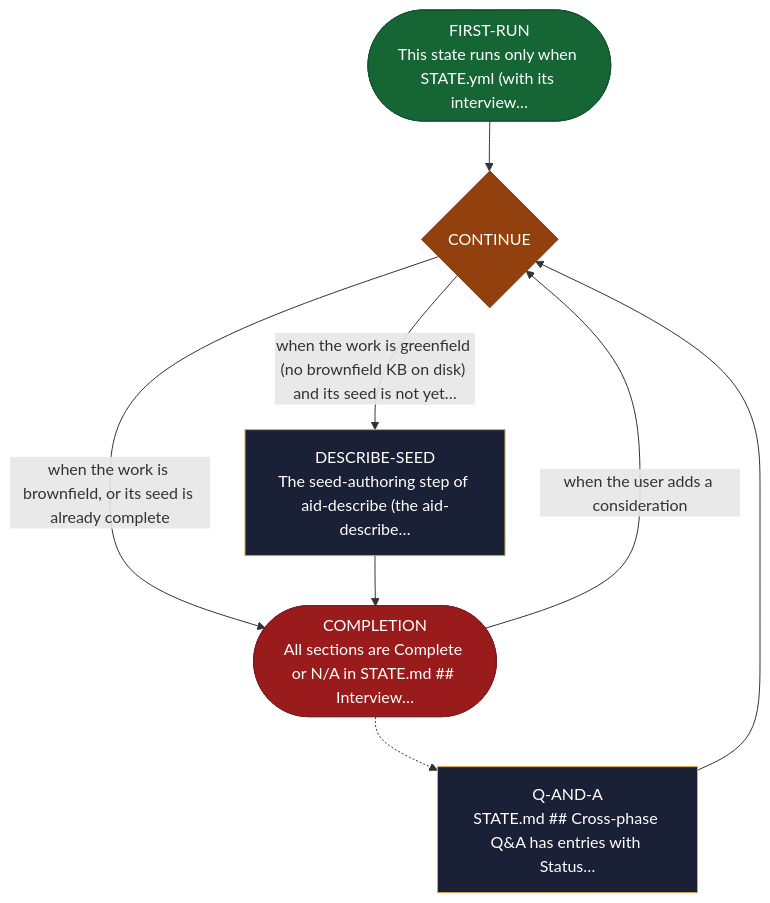
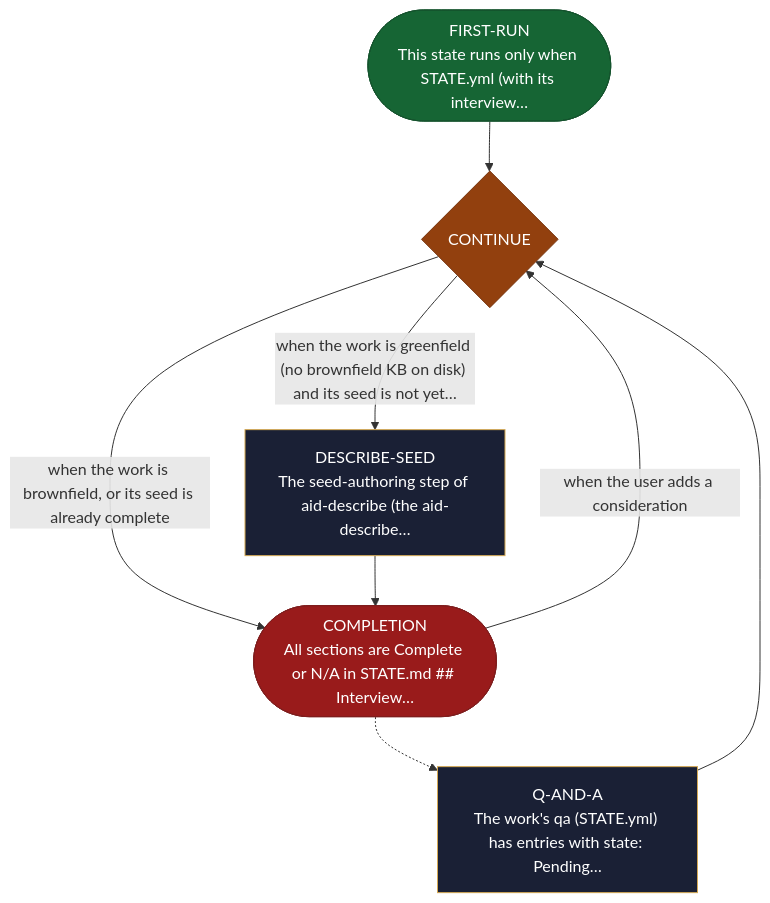
Before and after one commit to AndreVianna/aid-methodology: the diagram in site/src/content/docs/skills/aid-describe.md, drawn with Mermaid. The commit also changed other lines of this file and 12 other files, not shown here.

````diff
--- a/site/src/content/docs/skills/aid-describe.md
+++ b/site/src/content/docs/skills/aid-describe.md
@@ -20,31 +20,31 @@
 ```mermaid
 flowchart TB
   classDef aidNode color:#fff
   classDef aidEntry fill:#166534,stroke:#14532d,color:#fff
   classDef aidExit fill:#991b1b,stroke:#7f1d1d,color:#fff
   classDef aidDecision fill:#92400e,stroke:#78350f,color:#fff
   classDef aidLoopBack fill:#1e3a8a,stroke:#1e3a8a,color:#fff
   classDef aidStep fill:#1a2035,stroke:#d4a853,color:#f1f5f9
   n1(["FIRST-RUN<br/>This state runs only when STATE.yml (with its interview…"])
-  n2["Q-AND-A<br/>STATE.md ## Cross-phase Q&amp;A has entries with Status…"]
+  n2["Q-AND-A<br/>The work's qa (STATE.yml) has entries with state: Pending…"]
   n3{"CONTINUE"}
   n4["DESCRIBE-SEED<br/>The seed-authoring step of aid-describe (the aid-describe…"]
   n5(["COMPLETION<br/>All sections are Complete or N/A in STATE.md ## Interview…"])
   n1 --> n3
   n2 --> n3
   n3 -->|"when the work is greenfield (no brownfield KB on disk) and its seed is not yet…"| n4
   n3 -->|"when the work is brownfield, or its seed is already complete"| n5
   n4 --> n5
   n5 -.-> n2
   n5 -->|"when the user adds a consideration"| n3
   class n1 aidEntry
   class n2 aidStep
   class n3 aidDecision
   class n4 aidStep
   class n5 aidExit
   class n1 aidNode
   class n2 aidNode
   class n3 aidNode
   class n4 aidNode
   class n5 aidNode
 ```
````
